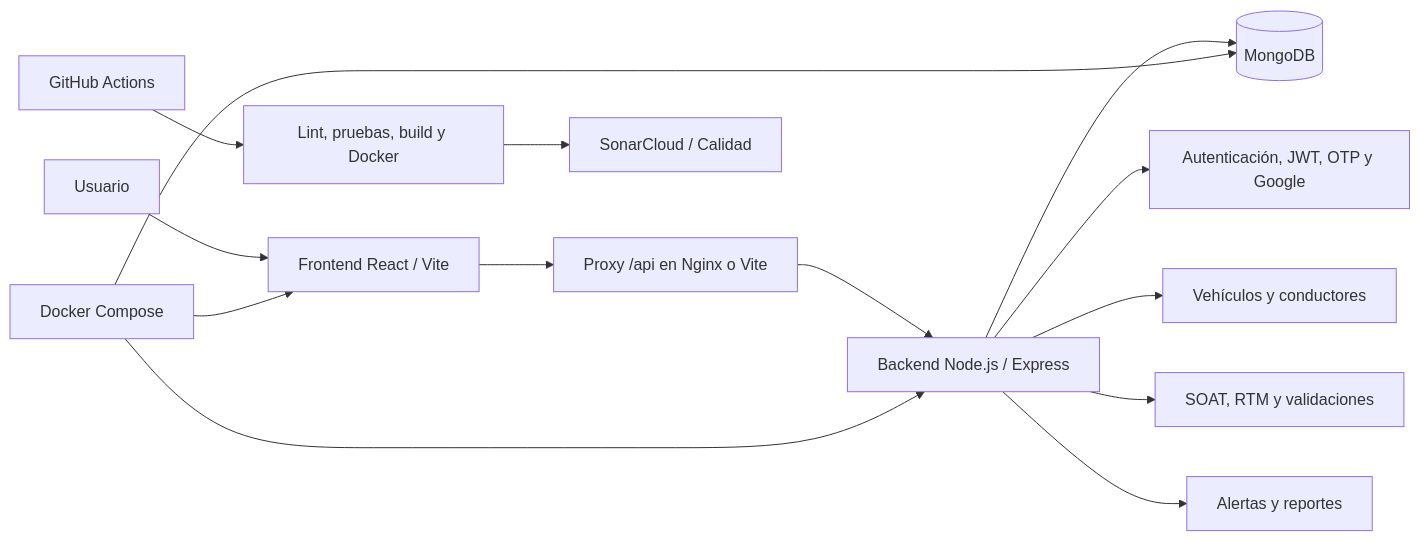
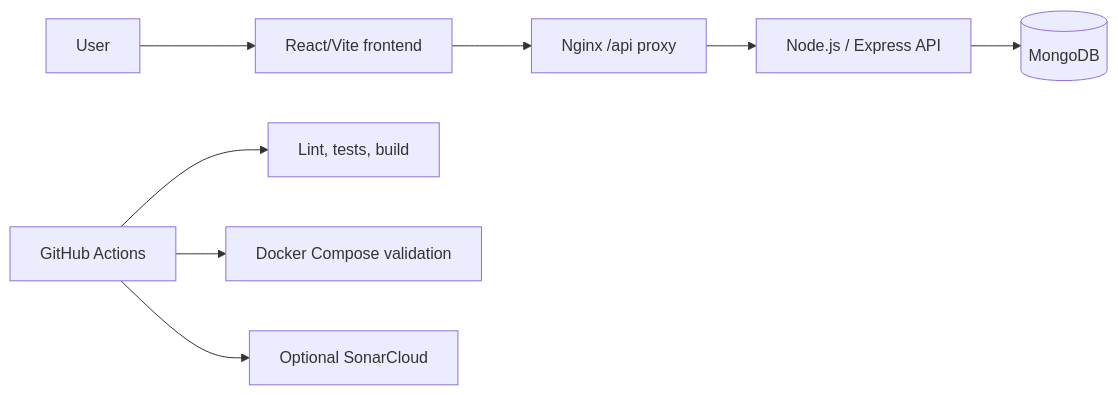
The diagram in README.md (Sarm-m/SYNTIXTECH), drawn with Mermaid before and after one commit. The commit also changed other lines of this file and 42 other files, not shown here.

````diff
--- a/README.md
+++ b/README.md
@@ -233,18 +35,10 @@
 ```mermaid
 flowchart LR
-    Usuario[Usuario] --> Frontend[Frontend React / Vite]
-    Frontend --> Proxy[Proxy /api en Nginx o Vite]
-    Proxy --> API[Backend Node.js / Express]
-    API --> DB[(MongoDB)]
-    API --> Auth[Autenticación, JWT, OTP y Google]
-    API --> Fleet[Vehículos y conductores]
-    API --> Docs[SOAT, RTM y validaciones]
-    API --> Alerts[Alertas y reportes]
-
-    Docker[Docker Compose] --> Frontend
-    Docker --> API
-    Docker --> DB
-
-    Github[GitHub Actions] --> Tests[Lint, pruebas, build y Docker]
-    Tests --> Sonar[SonarCloud / Calidad]
+  User[User] --> Frontend[React/Vite frontend]
+  Frontend --> Nginx[Nginx /api proxy]
+  Nginx --> API[Node.js / Express API]
+  API --> Mongo[(MongoDB)]
+  CI[GitHub Actions] --> Tests[Lint, tests, build]
+  CI --> Docker[Docker Compose validation]
+  CI --> Sonar[Optional SonarCloud]
 ```
````
